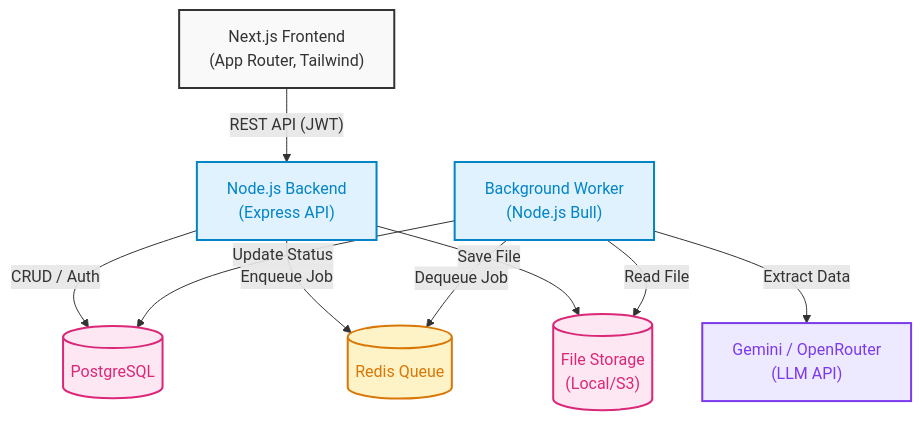
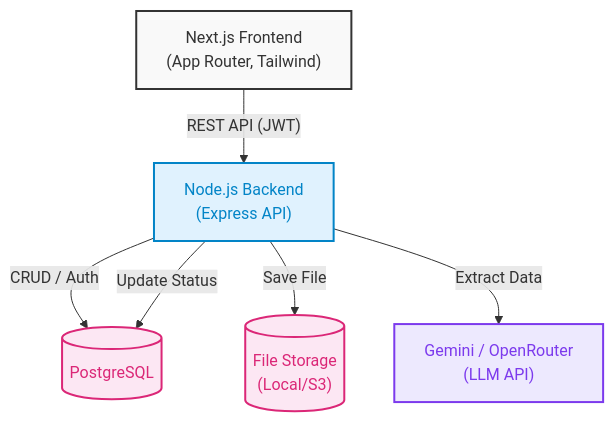
The diagram in README.md (dushyant4665/receiptmind), drawn with Mermaid before and after one commit. The commit also changed other lines of this file and 5 other files, not shown here.

Commit message:
updated prd, trs, srs and flow docs

````diff
--- a/README.md
+++ b/README.md
@@ -9,28 +9,22 @@
 ```mermaid
 graph TD
     %% Define Styles
     classDef client fill:#f9f9f9,stroke:#333,stroke-width:2px,color:#333
     classDef backend fill:#e0f2fe,stroke:#0284c7,stroke-width:2px,color:#0284c7
     classDef database fill:#fce7f3,stroke:#db2777,stroke-width:2px,color:#db2777
-    classDef queue fill:#fef3c7,stroke:#d97706,stroke-width:2px,color:#d97706
     classDef ai fill:#ede9fe,stroke:#7c3aed,stroke-width:2px,color:#7c3aed
 
     %% Nodes
     Client["Next.js Frontend\n(App Router, Tailwind)"]:::client
     API["Node.js Backend\n(Express API)"]:::backend
-    Worker["Background Worker\n(Node.js Bull)"]:::backend
     DB[(PostgreSQL)]:::database
-    Redis[(Redis Queue)]:::queue
     Storage[("File Storage\n(Local/S3)")]:::database
     AI["Gemini / OpenRouter\n(LLM API)"]:::ai
 
     %% Edges
     Client -- "REST API (JWT)" --> API
     API -- "CRUD / Auth" --> DB
-    API -- "Enqueue Job" --> Redis
     API -- "Save File" --> Storage
-    Worker -- "Dequeue Job" --> Redis
-    Worker -- "Read File" --> Storage
-    Worker -- "Extract Data" --> AI
-    Worker -- "Update Status" --> DB
+    API -- "Extract Data" --> AI
+    API -- "Update Status" --> DB
 ```
````
